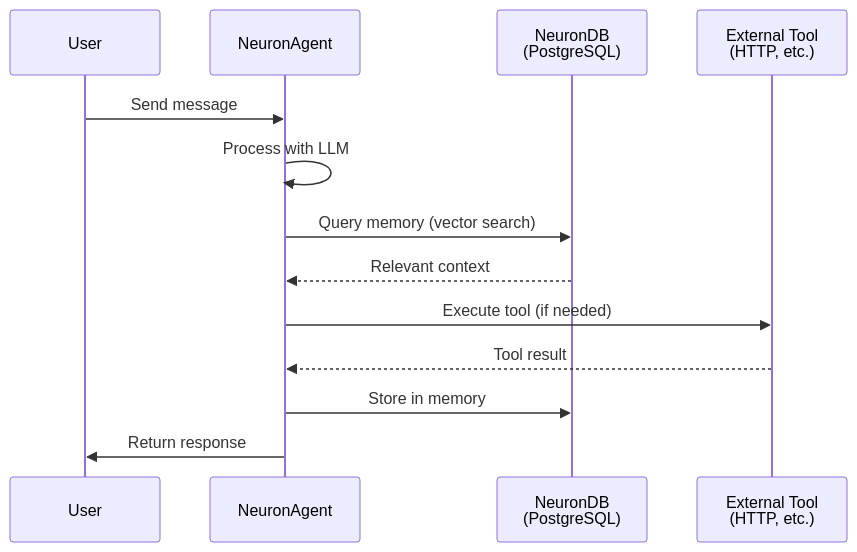
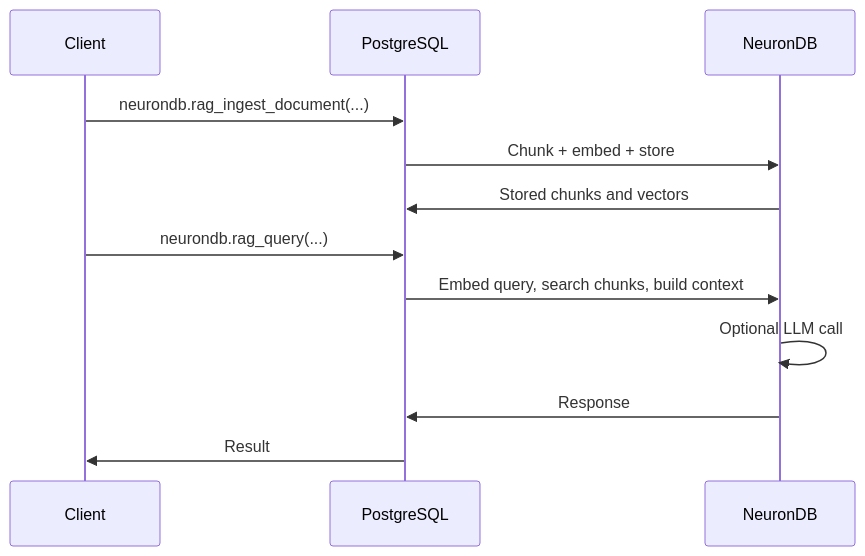
The second of 2 diagrams in docs/getting-started/architecture.md (neurondb/neurondb), drawn with Mermaid before and after one commit. The commit also changed other lines of this file and 78 other files, not shown here.

````diff
--- a/docs/getting-started/architecture.md
+++ b/docs/getting-started/architecture.md
@@ -394,16 +67,16 @@
 ```mermaid
 sequenceDiagram
-    participant User
-    participant NeuronAgent
-    participant NeuronDB as NeuronDB<br/>(PostgreSQL)
-    participant Tool as External Tool<br/>(HTTP, etc.)
-    
-    User->>NeuronAgent: Send message
-    NeuronAgent->>NeuronAgent: Process with LLM
-    NeuronAgent->>NeuronDB: Query memory (vector search)
-    NeuronDB-->>NeuronAgent: Relevant context
-    NeuronAgent->>Tool: Execute tool (if needed)
-    Tool-->>NeuronAgent: Tool result
-    NeuronAgent->>NeuronDB: Store in memory
-    NeuronAgent->>User: Return response
+    participant Client
+    participant PG as PostgreSQL
+    participant ND as NeuronDB
+
+    Client->>PG: neurondb.rag_ingest_document(...)
+    PG->>ND: Chunk + embed + store
+    ND->>PG: Stored chunks and vectors
+
+    Client->>PG: neurondb.rag_query(...)
+    PG->>ND: Embed query, search chunks, build context
+    ND->>ND: Optional LLM call
+    ND->>PG: Response
+    PG->>Client: Result
 ```
````
